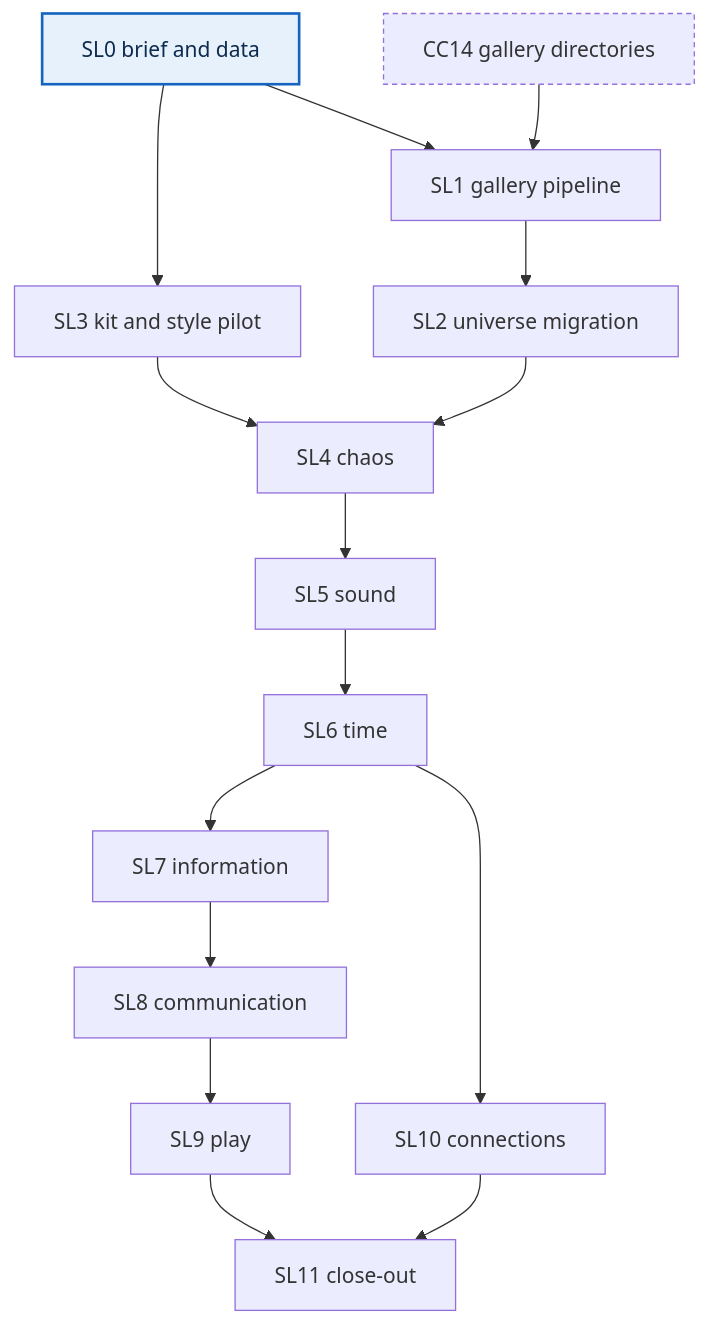
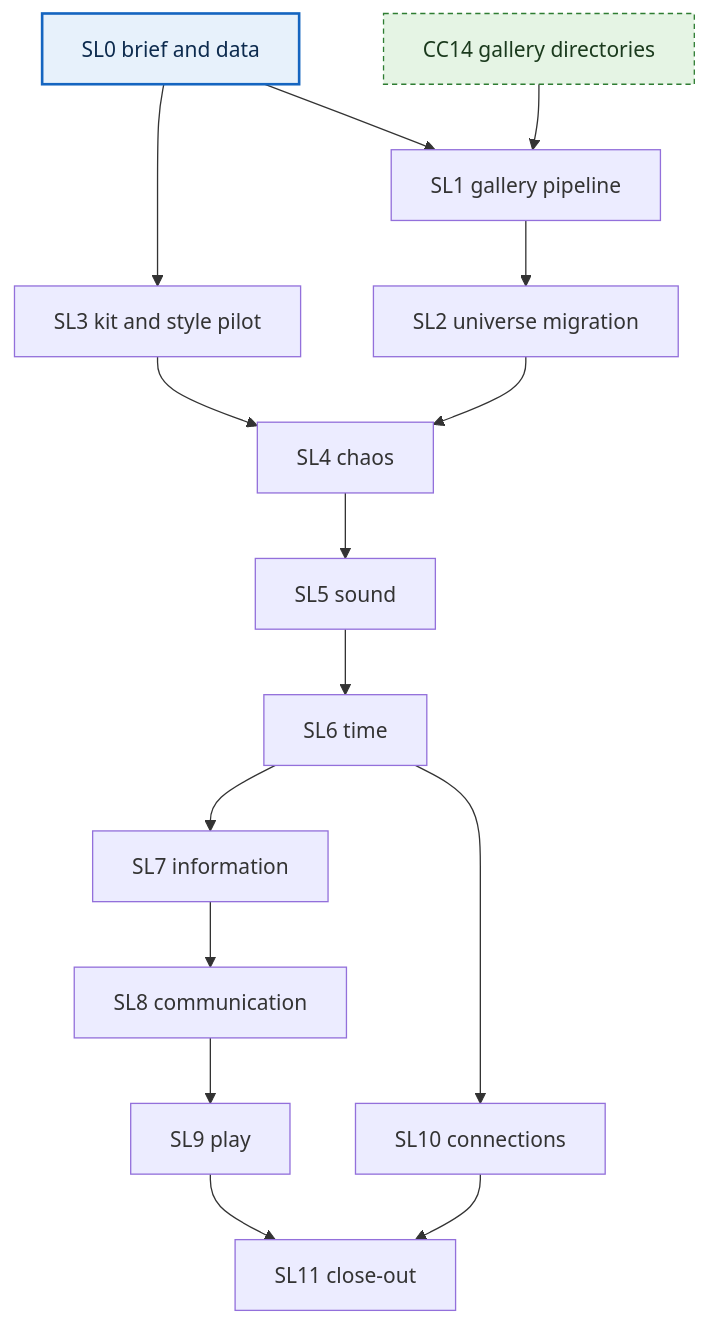
The diagram in seven_levels-dev_plan.md (eigenomarksamy/creative_coding), drawn with Mermaid before and after one commit. The commit also changed other lines of this file and 5 other files, not shown here.

````diff
--- a/seven_levels-dev_plan.md
+++ b/seven_levels-dev_plan.md
@@ -26,23 +26,25 @@
 ```mermaid
 flowchart TD
   %% when a ticket ships, move it to the done class and set the next ticket
   SL0["SL0 brief and data"] --> SL1["SL1 gallery pipeline"]
   CC14["CC14 gallery directories"] --> SL1
   SL0 --> SL3["SL3 kit and style pilot"]
   SL1 --> SL2["SL2 universe migration"]
   SL3 --> SL4["SL4 chaos"]
   SL2 --> SL4
   SL4 --> SL5["SL5 sound"]
   SL5 --> SL6["SL6 time"]
   SL6 --> SL7["SL7 information"]
   SL7 --> SL8["SL8 communication"]
   SL8 --> SL9["SL9 play"]
   SL6 --> SL10["SL10 connections"]
   SL9 --> SL11["SL11 close-out"]
   SL10 --> SL11
 
+  classDef done fill:#e5f4e4,stroke:#2e7d32,color:#1b3a1d
   classDef next fill:#e7f1fb,stroke:#1565c0,stroke-width:2px,color:#0d2b4e
   classDef other stroke-dasharray:4 3
   class SL0 next
+  class CC14 done
   class CC14 other
 ```
````
